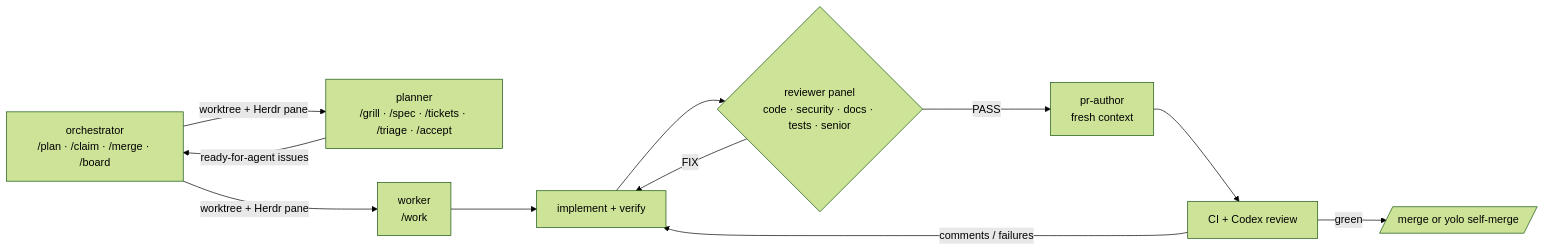
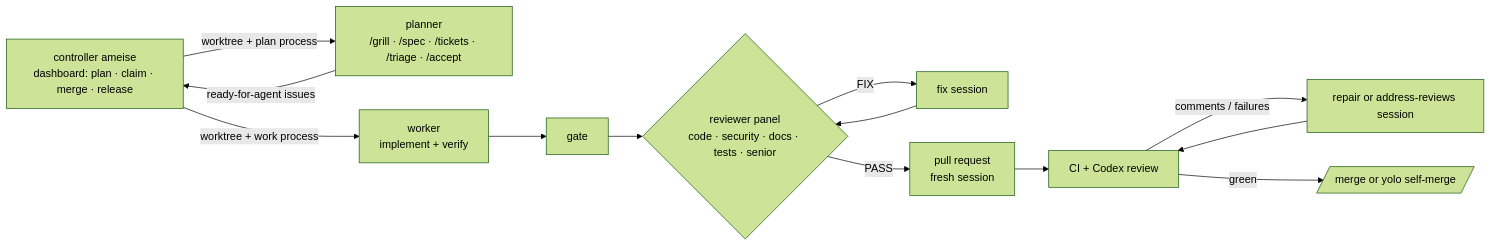
One commit to CalvinDittkrist/ameise changed the diagram in README.md. Above: the diagram before and after it, drawn with Mermaid (forest theme). The commit also changed other lines of this file and 11 other files, not shown here.

Commit message:
docs: describe the controller-driven workflow without Herdr or the orchestrator plugin

````diff
--- a/README.md
+++ b/README.md
@@ -12,13 +12,15 @@
 ```mermaid
 flowchart LR
-  O[orchestrator<br/>/plan · /claim · /merge · /board] -->|worktree + Herdr pane| PL[planner<br/>/grill · /spec · /tickets · /triage · /accept]
-  PL -->|ready-for-agent issues| O
-  O -->|worktree + Herdr pane| W[worker<br/>/work]
-  W --> I[implement + verify]
-  I --> R{reviewer panel<br/>code · security · docs · tests · senior}
-  R -->|FIX| I
-  R -->|PASS| P[pr-author<br/>fresh context]
-  P --> C[CI + Codex review]
-  C -->|comments / failures| I
-  C -->|green| M[/merge or yolo self-merge/]
+  C[controller ameise<br/>dashboard: plan · claim · merge · release] -->|worktree + plan process| PL[planner<br/>/grill · /spec · /tickets · /triage · /accept]
+  PL -->|ready-for-agent issues| C
+  C -->|worktree + work process| W[worker<br/>implement + verify]
+  W --> G[gate]
+  G --> R{reviewer panel<br/>code · security · docs · tests · senior}
+  R -->|FIX| F[fix session]
+  F --> R
+  R -->|PASS| P[pull request<br/>fresh session]
+  P --> CI[CI + Codex review]
+  CI -->|comments / failures| A[repair or address-reviews session]
+  A --> CI
+  CI -->|green| M[/merge or yolo self-merge/]
 ```
````
